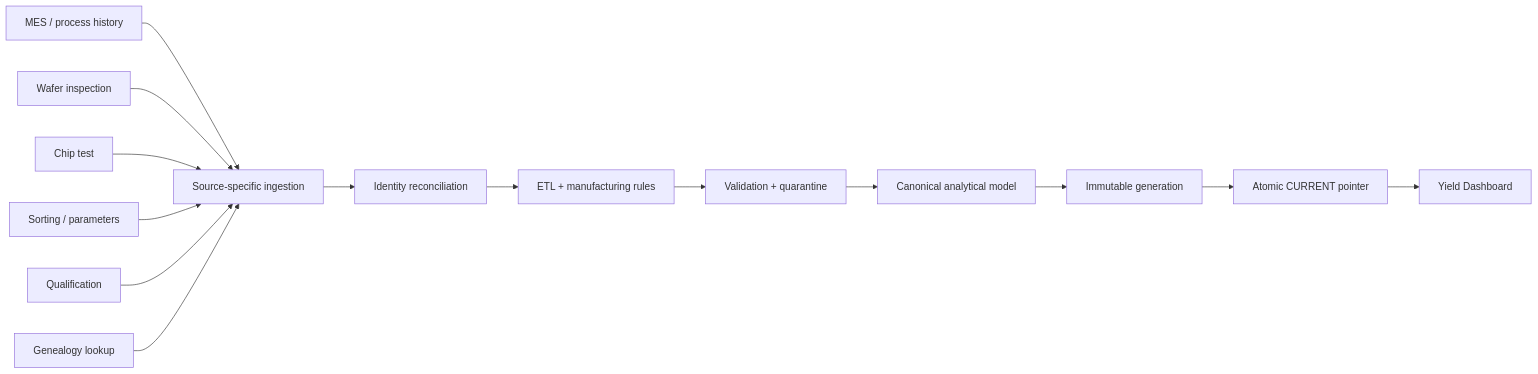
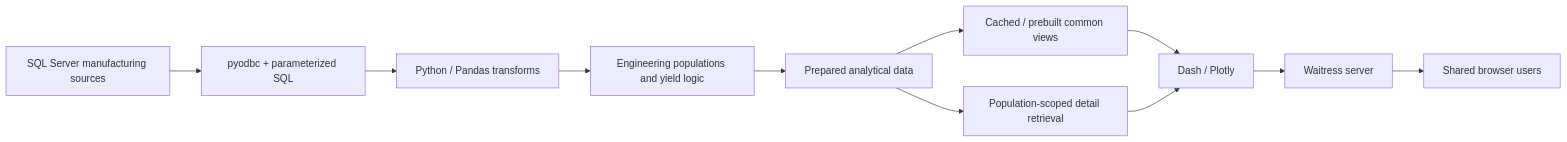
The diagram in README.md (4sy8zwp9hz-netizen/manufacturing-analytics-platform), drawn with Mermaid before and after one commit. The commit also changed other lines of this file and 114 other files, not shown here.

````diff
--- a/README.md
+++ b/README.md
@@ -11,16 +14,13 @@
 ```mermaid
 flowchart LR
-    MES["MES / process history"] --> ING["Source-specific ingestion"]
-    WI["Wafer inspection"] --> ING
-    CT["Chip test"] --> ING
-    ST["Sorting / parameters"] --> ING
-    QL["Qualification"] --> ING
-    ID["Genealogy lookup"] --> ING
-    ING --> REC["Identity reconciliation"]
-    REC --> ETL["ETL + manufacturing rules"]
-    ETL --> VAL["Validation + quarantine"]
-    VAL --> CAN["Canonical analytical model"]
-    CAN --> GEN["Immutable generation"]
-    GEN --> PUB["Atomic CURRENT pointer"]
-    PUB --> UI["Yield Dashboard"]
+    SQL["SQL Server manufacturing sources"] --> ODBC["pyodbc + parameterized SQL"]
+    ODBC --> PD["Python / Pandas transforms"]
+    PD --> LOGIC["Engineering populations and yield logic"]
+    LOGIC --> PREP["Prepared analytical data"]
+    PREP --> COMMON["Cached / prebuilt common views"]
+    PREP --> TARGET["Population-scoped detail retrieval"]
+    COMMON --> UI["Dash / Plotly"]
+    TARGET --> UI
+    UI --> SERVER["Waitress server"]
+    SERVER --> USERS["Shared browser users"]
 ```
````
